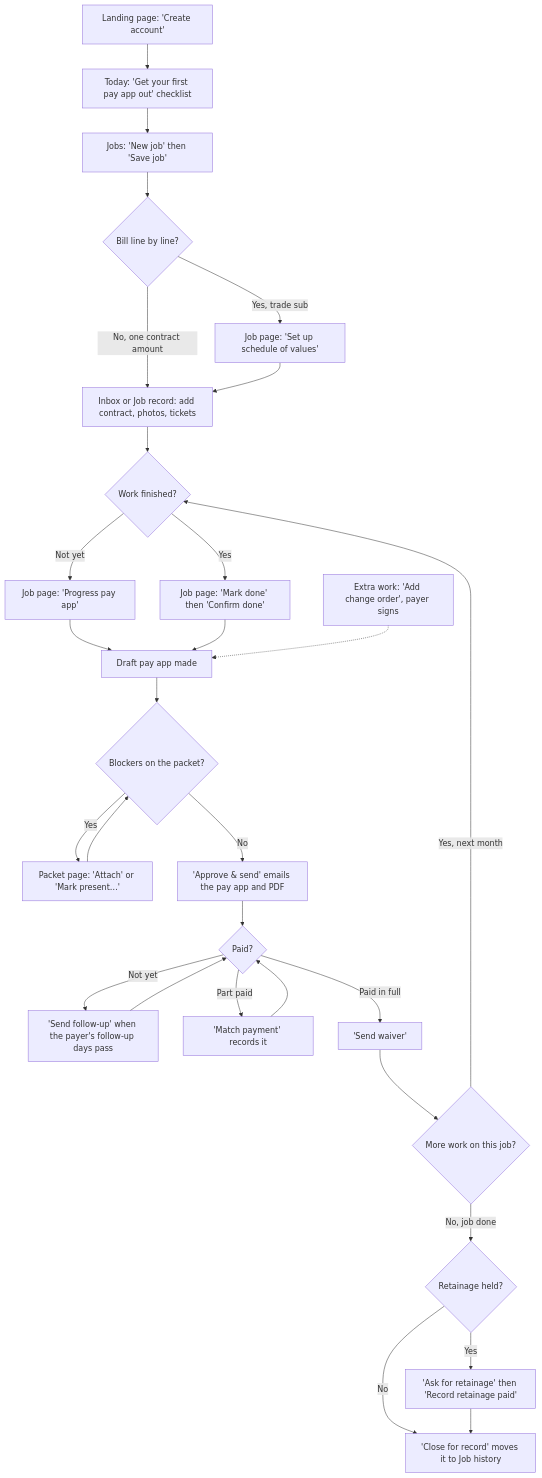
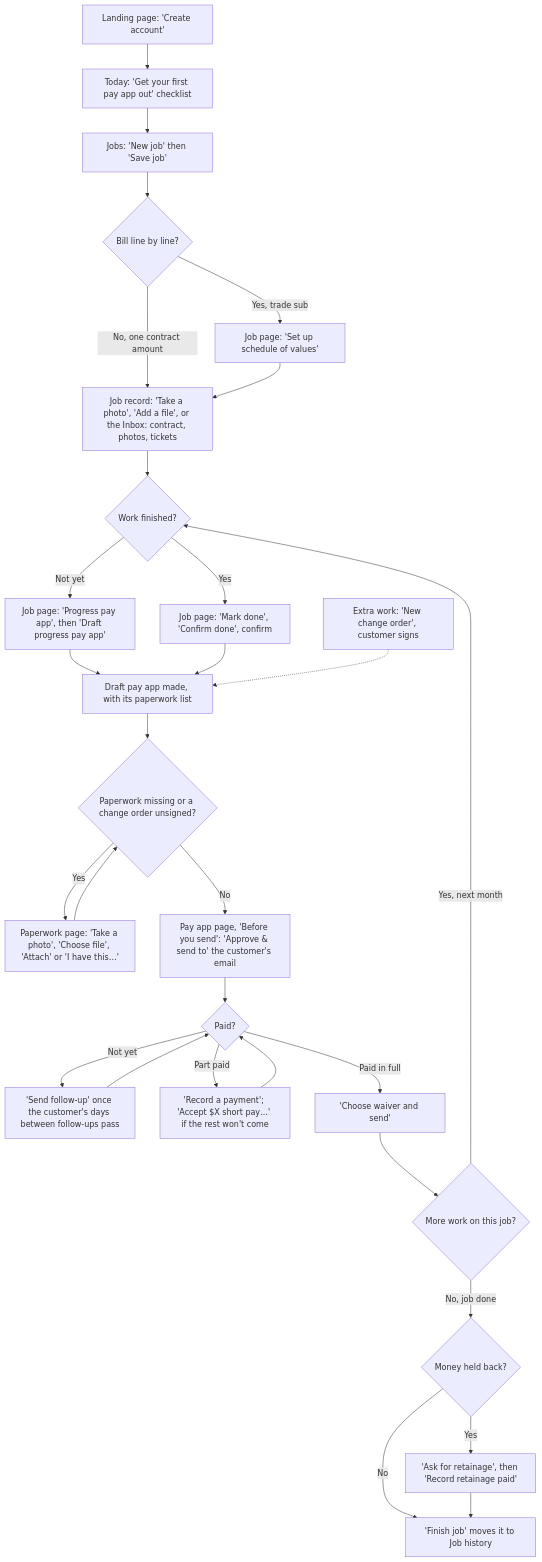
Before and after one commit to cartwrightstephen/billdable: the first of 15 diagrams in docs/client-flows.md, drawn with Mermaid. The commit also changed other lines of this file and 15 other files, not shown here.

First line of the commit message:
Round 6: R6-11 wireframes and flows caught up with the app

````diff
--- a/docs/client-flows.md
+++ b/docs/client-flows.md
@@ -25,31 +28,31 @@
 ```mermaid
 flowchart TD
     A["Landing page: 'Create account'"] --> B["Today: 'Get your first pay app out' checklist"]
     B --> C["Jobs: 'New job' then 'Save job'"]
     C --> D{"Bill line by line?"}
     D -->|"Yes, trade sub"| E["Job page: 'Set up schedule of values'"]
     D -->|"No, one contract amount"| F
-    E --> F["Inbox or Job record: add contract, photos, tickets"]
+    E --> F["Job record: 'Take a photo', 'Add a file', or the Inbox: contract, photos, tickets"]
     F --> G{"Work finished?"}
-    G -->|"Not yet"| H["Job page: 'Progress pay app'"]
-    G -->|"Yes"| I["Job page: 'Mark done' then 'Confirm done'"]
-    H --> J["Draft pay app made"]
+    G -->|"Not yet"| H["Job page: 'Progress pay app', then 'Draft progress pay app'"]
+    G -->|"Yes"| I["Job page: 'Mark done', 'Confirm done', confirm"]
+    H --> J["Draft pay app made, with its paperwork list"]
     I --> J
-    CO["Extra work: 'Add change order', payer signs"] -.-> J
-    J --> K{"Blockers on the packet?"}
-    K -->|"Yes"| L["Packet page: 'Attach' or 'Mark present…'"]
+    CO["Extra work: 'New change order', customer signs"] -.-> J
+    J --> K{"Paperwork missing or a change order unsigned?"}
+    K -->|"Yes"| L["Paperwork page: 'Take a photo', 'Choose file', 'Attach' or 'I have this…'"]
     L --> K
-    K -->|"No"| M["'Approve & send' emails the pay app and PDF"]
+    K -->|"No"| M["Pay app page, 'Before you send': 'Approve & send to' the customer's email"]
     M --> N{"Paid?"}
-    N -->|"Not yet"| O["'Send follow-up' when the payer's follow-up days pass"]
+    N -->|"Not yet"| O["'Send follow-up' once the customer's days between follow-ups pass"]
     O --> N
-    N -->|"Part paid"| P["'Match payment' records it"]
+    N -->|"Part paid"| P["'Record a payment'; 'Accept $X short pay…' if the rest won't come"]
     P --> N
-    N -->|"Paid in full"| Q["'Send waiver'"]
+    N -->|"Paid in full"| Q["'Choose waiver and send'"]
     Q --> R{"More work on this job?"}
     R -->|"Yes, next month"| G
-    R -->|"No, job done"| S{"Retainage held?"}
-    S -->|"Yes"| T["'Ask for retainage' then 'Record retainage paid'"]
+    R -->|"No, job done"| S{"Money held back?"}
+    S -->|"Yes"| T["'Ask for retainage', then 'Record retainage paid'"]
     S -->|"No"| U
-    T --> U["'Close for record' moves it to Job history"]
+    T --> U["'Finish job' moves it to Job history"]
 ```
````
